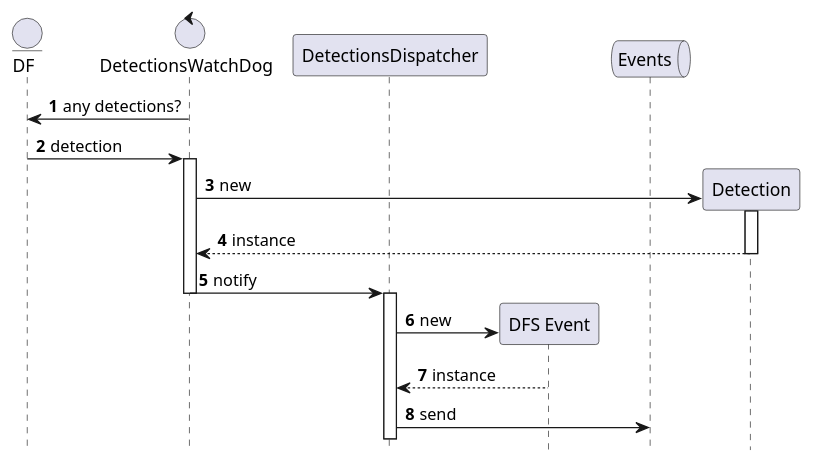
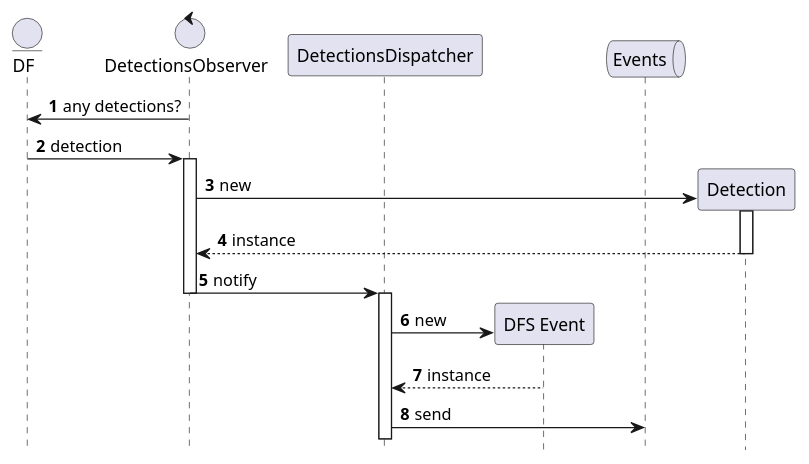
Before and after one commit to saratoga8/motion_notifier: the diagram in docs/sequence/dfs.puml, drawn with PlantUML. The commit also changed 3 other files, not shown here.

```diff
--- a/docs/sequence/dfs.puml
+++ b/docs/sequence/dfs.puml
@@ -1,34 +1,34 @@
 @startuml
 'https://plantuml.com/sequence-diagram
 
 autonumber
 hide footbox
 
 entity DF
-control DetectionsWatchDog as DWD
+control DetectionsObserver as DO
 participant DetectionsDispatcher as DD
 participant "DFS Event" as DFSE
 queue Events
 
-DF <- DWD: any detections?
-DF -> DWD: detection
-activate DWD
+DF <- DO: any detections?
+DF -> DO: detection
+activate DO
 
 create Detection
-DWD -> Detection : new
+DO -> Detection : new
 activate Detection
-Detection --> DWD : instance
+Detection --> DO : instance
 deactivate Detection
 
-DWD -> DD: notify
-deactivate DWD
+DO -> DD: notify
+deactivate DO
 
 activate DD
 create DFSE
 DD -> DFSE : new
 DFSE --> DD : instance
 DD -> Events : send
 
 
 
 @enduml
```
